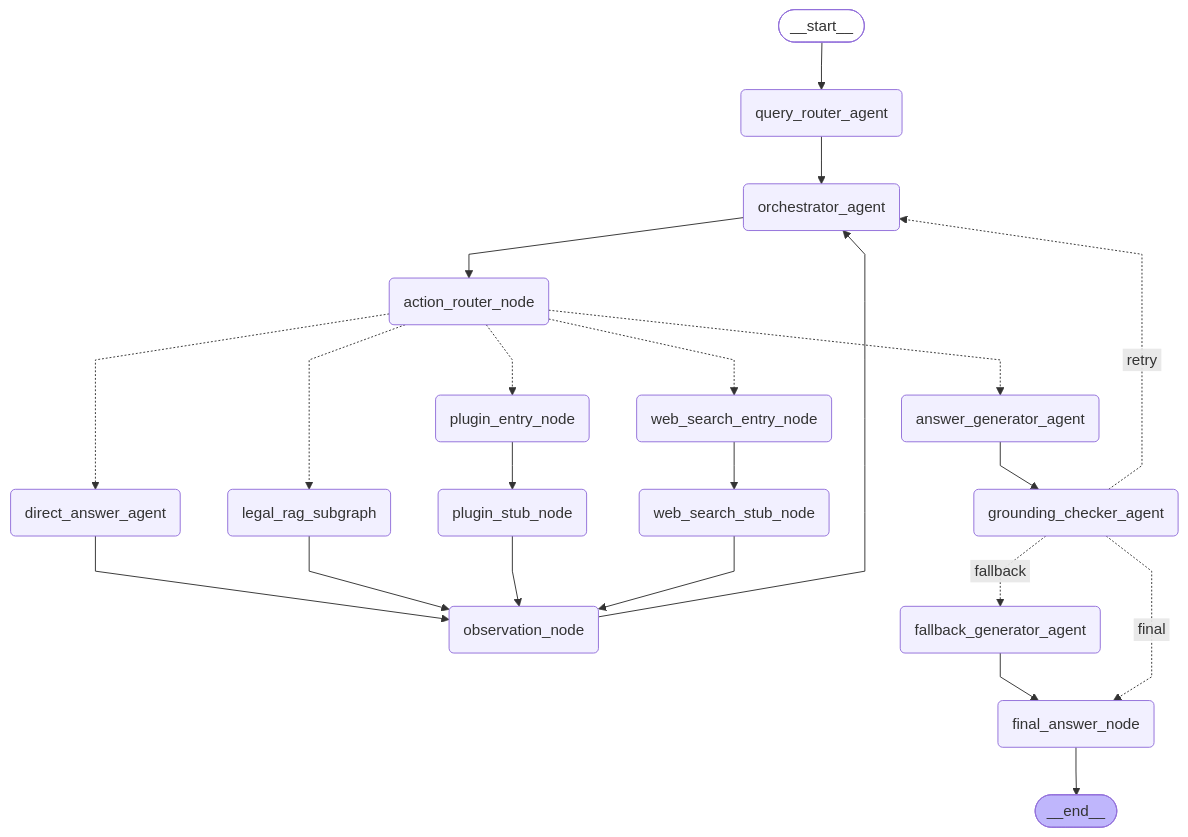
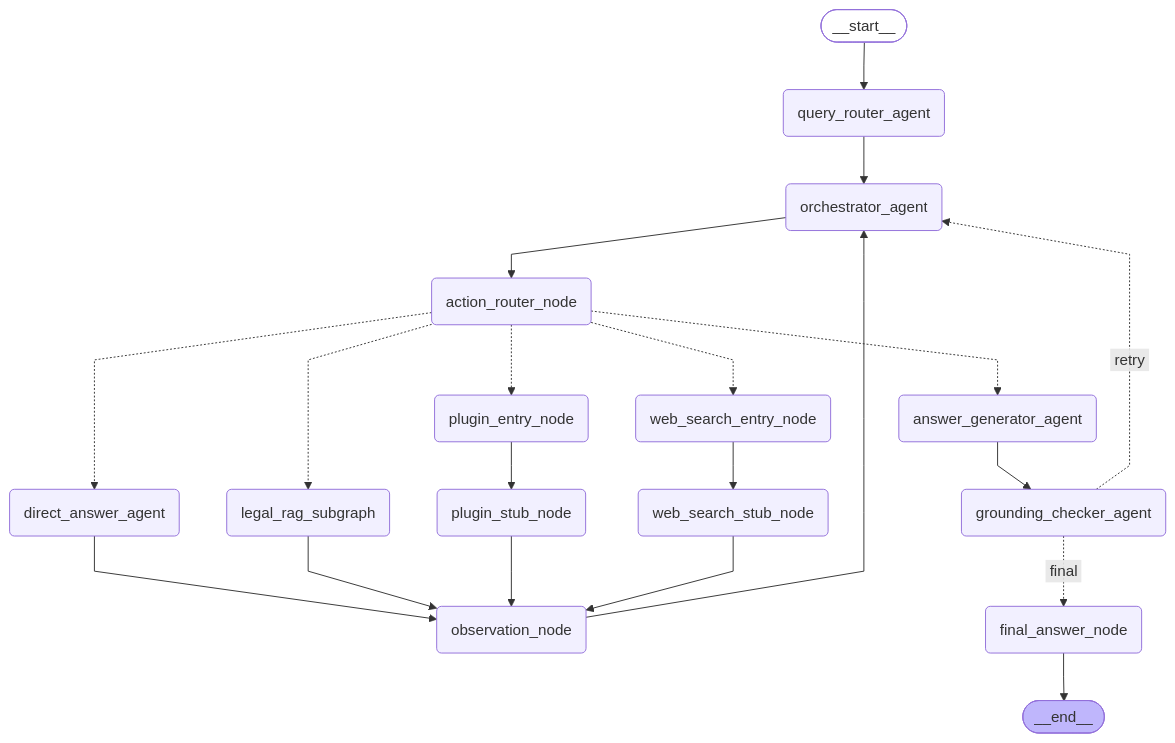
One commit to mark129873/law_agent changed the diagram in docs/qa_graph.mmd. Above: the diagram before and after it, drawn with Mermaid. The commit also changed 15 other files, not shown here.

Commit message:
fix: remove low-quality fallback generator agent

```diff
--- a/docs/qa_graph.mmd
+++ b/docs/qa_graph.mmd
@@ -1,46 +1,43 @@
 ---
 config:
   flowchart:
     curve: linear
 ---
 graph TD;
 	__start__([<p>__start__</p>]):::first
 	query_router_agent(query_router_agent)
 	orchestrator_agent(orchestrator_agent)
 	action_router_node(action_router_node)
 	legal_rag_subgraph(legal_rag_subgraph)
 	plugin_entry_node(plugin_entry_node)
 	plugin_stub_node(plugin_stub_node)
 	web_search_entry_node(web_search_entry_node)
 	web_search_stub_node(web_search_stub_node)
 	observation_node(observation_node)
 	direct_answer_agent(direct_answer_agent)
 	answer_generator_agent(answer_generator_agent)
 	grounding_checker_agent(grounding_checker_agent)
-	fallback_generator_agent(fallback_generator_agent)
 	final_answer_node(final_answer_node)
 	__end__([<p>__end__</p>]):::last
 	__start__ --> query_router_agent;
 	action_router_node -.-> answer_generator_agent;
 	action_router_node -.-> direct_answer_agent;
 	action_router_node -.-> legal_rag_subgraph;
 	action_router_node -.-> plugin_entry_node;
 	action_router_node -.-> web_search_entry_node;
 	answer_generator_agent --> grounding_checker_agent;
 	direct_answer_agent --> observation_node;
-	fallback_generator_agent --> final_answer_node;
-	grounding_checker_agent -. &nbsp;fallback&nbsp; .-> fallback_generator_agent;
 	grounding_checker_agent -. &nbsp;final&nbsp; .-> final_answer_node;
 	grounding_checker_agent -. &nbsp;retry&nbsp; .-> orchestrator_agent;
 	legal_rag_subgraph --> observation_node;
 	observation_node --> orchestrator_agent;
 	orchestrator_agent --> action_router_node;
 	plugin_entry_node --> plugin_stub_node;
 	plugin_stub_node --> observation_node;
 	query_router_agent --> orchestrator_agent;
 	web_search_entry_node --> web_search_stub_node;
 	web_search_stub_node --> observation_node;
 	final_answer_node --> __end__;
 	classDef default fill:#f2f0ff,line-height:1.2
 	classDef first fill-opacity:0
 	classDef last fill:#bfb6fc
```
